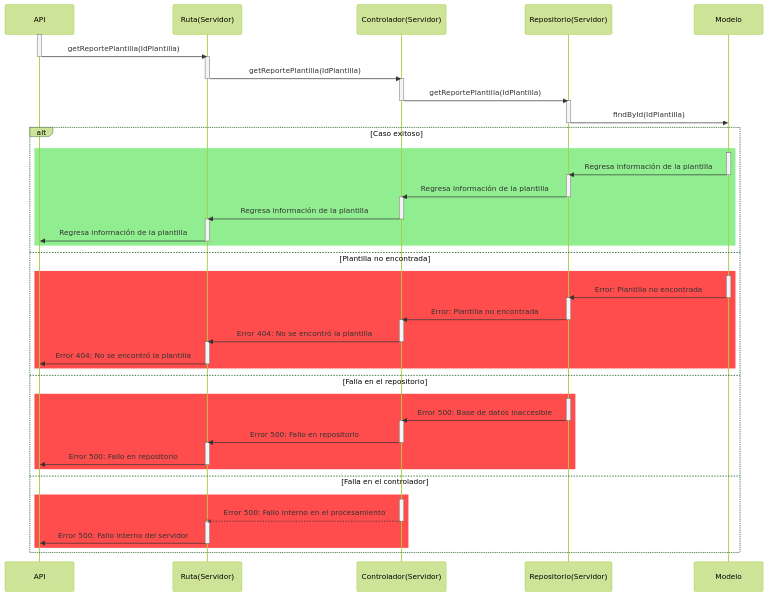
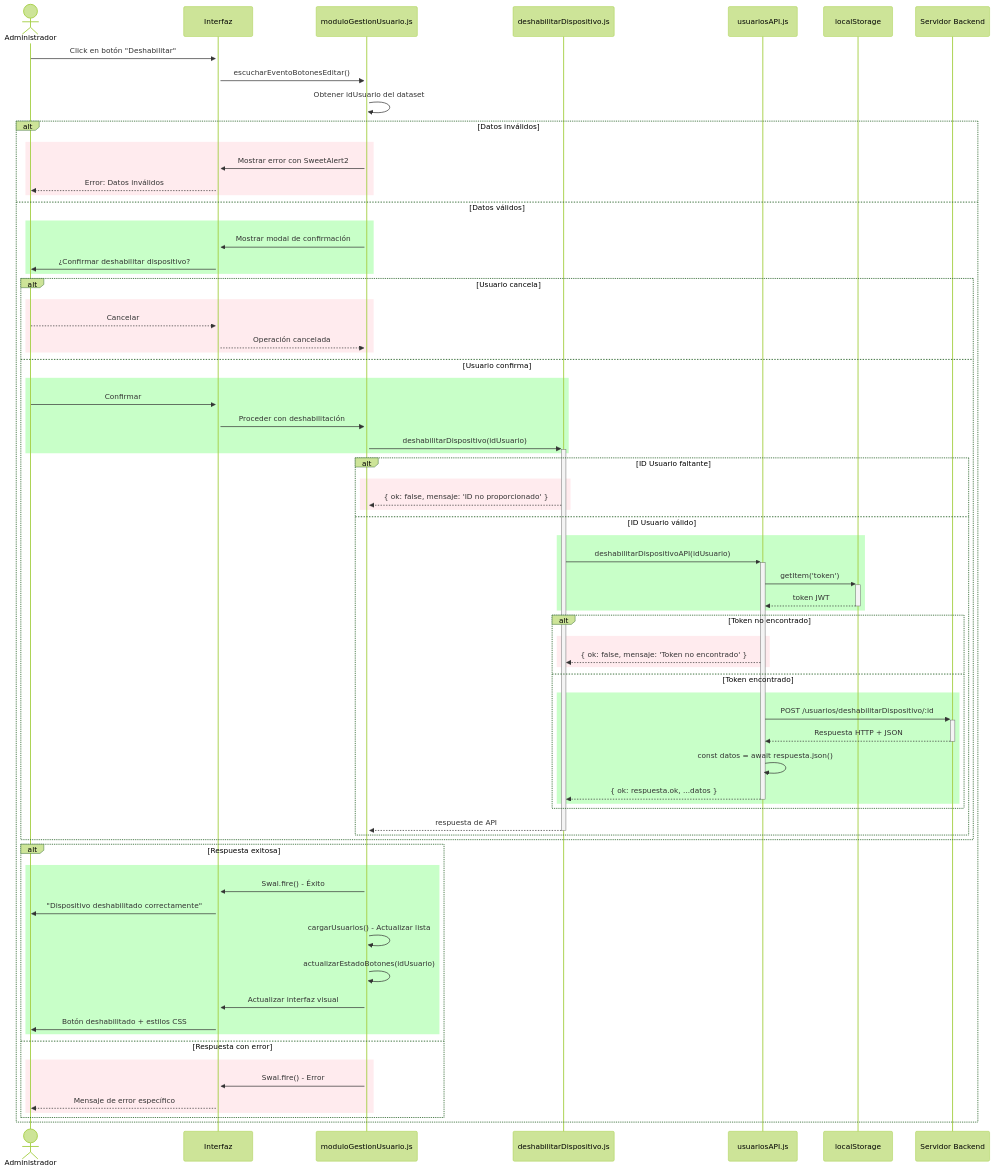
One commit to CodeAnd-Co/Documentacion changed the first of 2 diagrams in documentation/docs/proyectos/tractores/documentacion/requisitos/RF36.md. Above: the diagram before and after it, drawn with Mermaid (forest theme). The commit also changed other lines of this file and 10 other files, not shown here.

````diff
--- a/documentation/docs/proyectos/tractores/documentacion/requisitos/RF36.md
+++ b/documentation/docs/proyectos/tractores/documentacion/requisitos/RF36.md
@@ -160,87 +26,83 @@
 ```mermaid
 
 sequenceDiagram
-    participant API
-    participant Ruta as Ruta(Servidor)
-    participant Controlador as Controlador(Servidor)
-    participant Repositorio as Repositorio(Servidor)
-    participant Modelo
+    actor Admin as Administrador
+    participant UI as Interfaz
+    participant MGU as moduloGestionUsuario.js
+    participant DD as deshabilitarDispositivo.js
+    participant API as usuariosAPI.js
+    participant LS as localStorage
+    participant Servidor as Servidor Backend
 
-    activate API
-    API->>Ruta: getReportePlantilla(IdPlantilla)
-    deactivate API
-    
-    activate Ruta
-    Ruta->>Controlador: getReportePlantilla(IdPlantilla)
-    deactivate Ruta
-    
-    activate Controlador
-    Controlador->>Repositorio: getReportePlantilla(IdPlantilla)
-    deactivate Controlador
-    
-    activate Repositorio
-    Repositorio->>Modelo: findById(IdPlantilla)
-    deactivate Repositorio
+    Admin->>+UI: Click en botón "Deshabilitar"
+    UI->>+MGU: escucharEventoBotonesEditar()
+    MGU->>MGU: Obtener idUsuario del dataset
 
-    alt Caso exitoso
-        rect Lightgreen
-            activate Modelo
-            Modelo ->> Repositorio: Regresa información de la plantilla
-            deactivate Modelo
-            
-            activate Repositorio
-            Repositorio ->> Controlador: Regresa información de la plantilla
-            deactivate Repositorio
-            
-            activate Controlador
-            Controlador ->> Ruta: Regresa información de la plantilla
-            deactivate Controlador
-            
-            activate Ruta
-            Ruta ->> API: Regresa información de la plantilla
-            deactivate Ruta
+    alt Datos inválidos
+        rect rgb(255, 235, 238)
+            MGU->>UI: Mostrar error con SweetAlert2
+            UI-->>Admin: Error: Datos inválidos
         end
-    else Plantilla no encontrada
-        rect rgb(255, 77, 77)
-            activate Modelo
-            Modelo ->> Repositorio: Error: Plantilla no encontrada
-            deactivate Modelo
-            
-            activate Repositorio
-            Repositorio ->> Controlador: Error: Plantilla no encontrada
-            deactivate Repositorio
-            
-            activate Controlador
-            Controlador ->> Ruta: Error 404: No se encontró la plantilla
-            deactivate Controlador
-            
-            activate Ruta
-            Ruta ->> API: Error 404: No se encontró la plantilla
-            deactivate Ruta
+    else Datos válidos
+        rect rgb(200, 255, 200)
+            MGU->>UI: Mostrar modal de confirmación
+            UI->>Admin: ¿Confirmar deshabilitar dispositivo?
         end
-    else Falla en el repositorio
-        rect rgb(255, 77, 77)
-            activate Repositorio
-            Repositorio ->> Controlador: Error 500: Base de datos inaccesible
-            deactivate Repositorio
-            
-            activate Controlador
-            Controlador ->> Ruta: Error 500: Fallo en repositorio
-            deactivate Controlador
-            
-            activate Ruta
-            Ruta ->> API: Error 500: Fallo en repositorio
-            deactivate Ruta
+
+        alt Usuario cancela
+            rect rgb(255, 235, 238)
+                Admin-->>UI: Cancelar
+                UI-->>MGU: Operación cancelada
+            end
+        else Usuario confirma
+            rect rgb(200, 255, 200)
+                Admin->>UI: Confirmar
+                UI->>MGU: Proceder con deshabilitación
+                MGU->>+DD: deshabilitarDispositivo(idUsuario)
+            end
+
+            alt ID Usuario faltante
+                rect rgb(255, 235, 238)
+                    DD-->>MGU: { ok: false, mensaje: 'ID no proporcionado' }
+                end
+            else ID Usuario válido
+                rect rgb(200, 255, 200)
+                    DD->>+API: deshabilitarDispositivoAPI(idUsuario)
+                    API->>+LS: getItem('token')
+                    LS-->>-API: token JWT
+                end
+
+                alt Token no encontrado
+                    rect rgb(255, 235, 238)
+                        API-->>DD: { ok: false, mensaje: 'Token no encontrado' }
+                    end
+                else Token encontrado
+                    rect rgb(200, 255, 200)
+                        API->>+Servidor: POST /usuarios/deshabilitarDispositivo/:id
+                        Servidor-->>-API: Respuesta HTTP + JSON
+                        API->>API: const datos = await respuesta.json()
+                        API-->>-DD: { ok: respuesta.ok, ...datos }
+                    end
+                end
+                DD-->>-MGU: respuesta de API
+            end
         end
-    else Falla en el controlador
-        rect rgb(255, 77, 77)
-            activate Controlador
-            Controlador --x Ruta: Error 500: Fallo interno en el procesamiento
-            deactivate Controlador
-            
-            activate Ruta
-            Ruta ->> API: Error 500: Fallo interno del servidor
-            deactivate Ruta
+
+        alt Respuesta exitosa
+            rect rgb(200, 255, 200)
+                MGU->>UI: Swal.fire() - Éxito
+                UI->>Admin: "Dispositivo deshabilitado correctamente"
+                MGU->>MGU: cargarUsuarios() - Actualizar lista
+                MGU->>MGU: actualizarEstadoBotones(idUsuario)
+                MGU->>UI: Actualizar interfaz visual
+                UI->>Admin: Botón deshabilitado + estilos CSS
+            end
+        else Respuesta con error
+            rect rgb(255, 235, 238)
+                MGU->>UI: Swal.fire() - Error
+                UI-->>Admin: Mensaje de error específico
+            end
         end
     end
+
 ```
````
